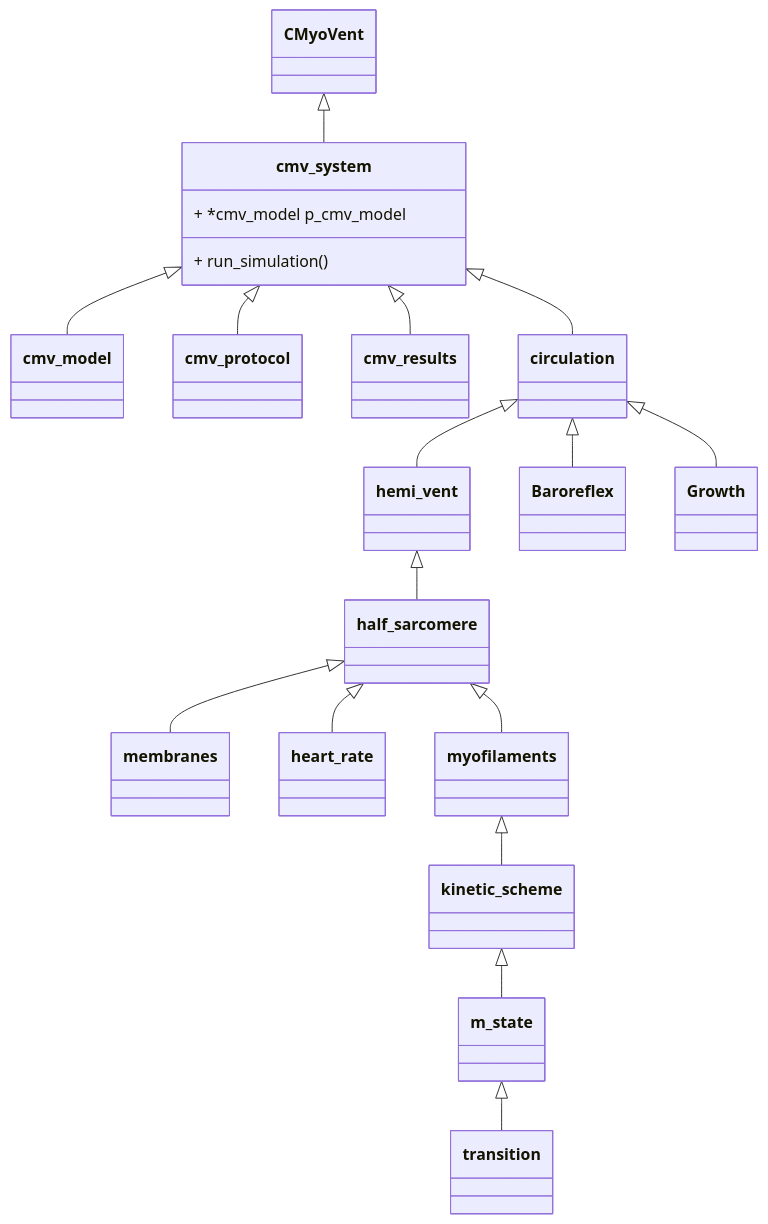
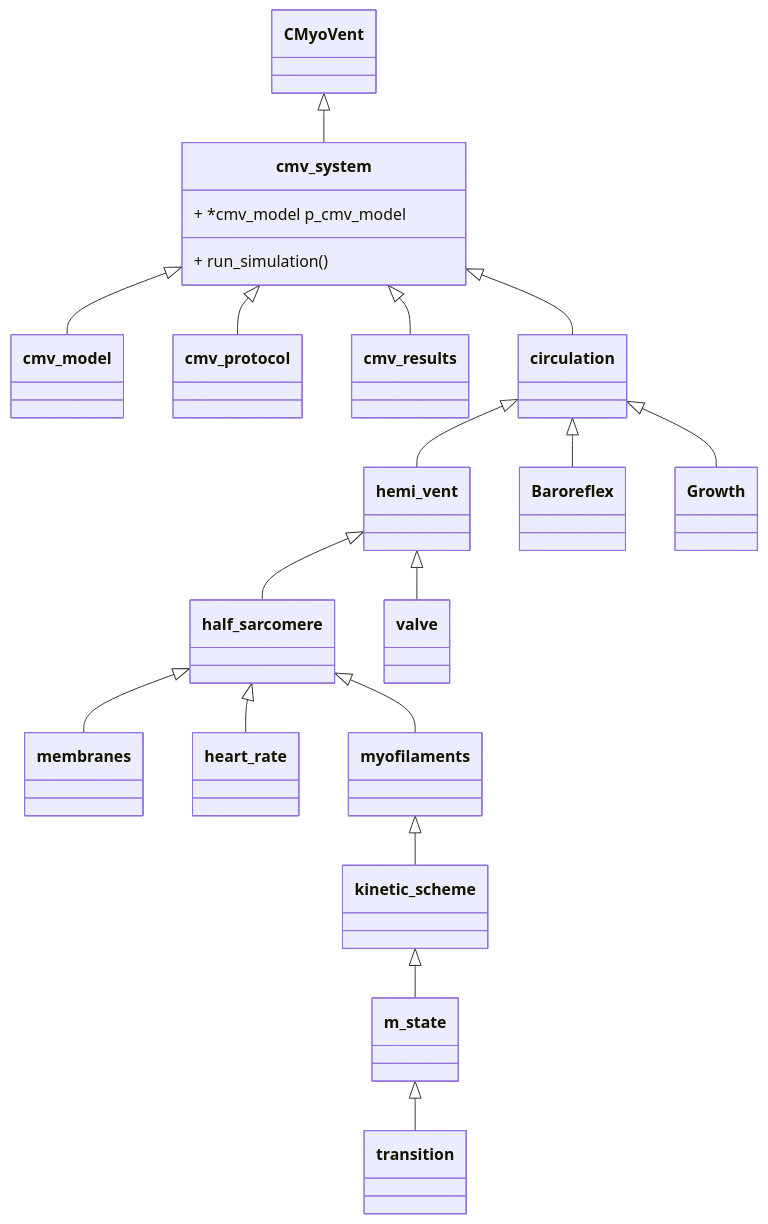
One commit to Campbell-Muscle-Lab/MyoVent changed the diagram in README.md. Above: the diagram before and after it, drawn with Mermaid. The commit also changed 17 other files, not shown here.

`````diff
--- a/README.md
+++ b/README.md
@@ -3,25 +3,26 @@
 ````mermaid
 
 classDiagram
 
     CMyoVent <|-- cmv_system
     cmv_system <|-- cmv_model
     cmv_system <|-- cmv_protocol
     cmv_system <|-- cmv_results
     cmv_system <|-- circulation
     circulation <|-- hemi_vent
     circulation <|-- Baroreflex
     circulation <|-- Growth
     hemi_vent <|-- half_sarcomere
+    hemi_vent <|-- valve 
     half_sarcomere <|-- membranes
     half_sarcomere <|-- heart_rate
     half_sarcomere <|-- myofilaments
     myofilaments <|--kinetic_scheme
     kinetic_scheme <|-- m_state
     m_state <|-- transition
     
     cmv_system: + *cmv_model p_cmv_model
     cmv_system: + run_simulation()
 
 
 ````
`````
